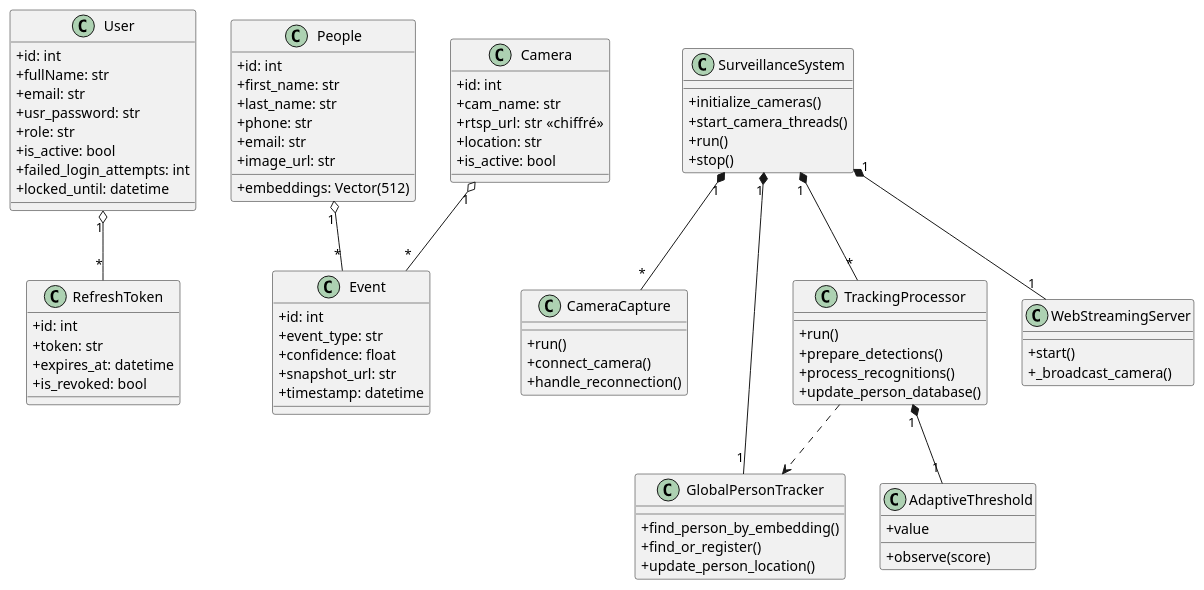
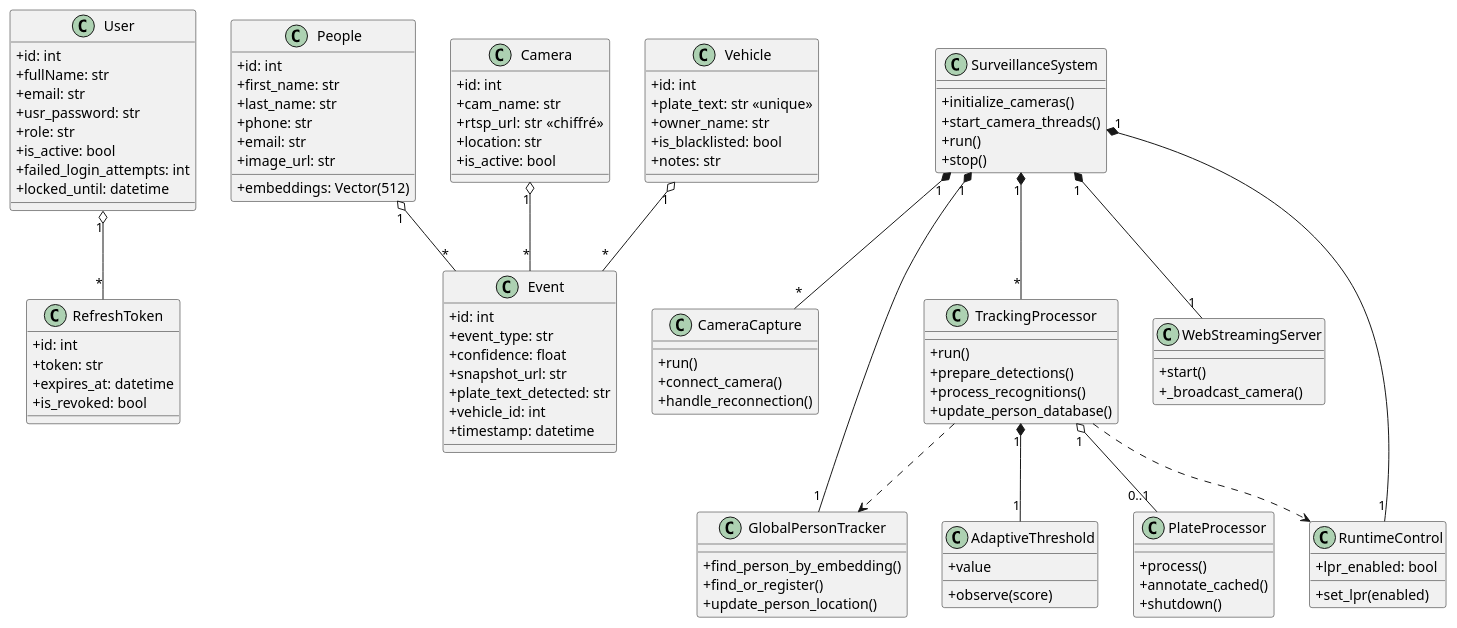
The second of 6 diagrams in ANALYSE_TECHNIQUE_OSIRION.md (Osirion-IA/Osirion-Docker), drawn with PlantUML before and after one commit. The commit also changed other lines of this file, not shown here.

First line of the commit message:
docs: finalize technical analysis with implemented LPR/ANPR module

````diff
--- a/ANALYSE_TECHNIQUE_OSIRION.md
+++ b/ANALYSE_TECHNIQUE_OSIRION.md
@@ -503,12 +622,22 @@
   +event_type: str
   +confidence: float
   +snapshot_url: str
+  +plate_text_detected: str
+  +vehicle_id: int
   +timestamp: datetime
+}
+class Vehicle {
+  +id: int
+  +plate_text: str <<unique>>
+  +owner_name: str
+  +is_blacklisted: bool
+  +notes: str
 }
 
 User "1" o-- "*" RefreshToken
 Camera "1" o-- "*" Event
 People "1" o-- "*" Event
+Vehicle "1" o-- "*" Event
 
 ' ---- Composants Core (surveillance) ----
 class SurveillanceSystem {
@@ -541,12 +670,24 @@
   +start()
   +_broadcast_camera()
 }
+class PlateProcessor {
+  +process()
+  +annotate_cached()
+  +shutdown()
+}
+class RuntimeControl {
+  +lpr_enabled: bool
+  +set_lpr(enabled)
+}
 
 SurveillanceSystem "1" *-- "*" CameraCapture
 SurveillanceSystem "1" *-- "*" TrackingProcessor
 SurveillanceSystem "1" *-- "1" GlobalPersonTracker
 SurveillanceSystem "1" *-- "1" WebStreamingServer
+SurveillanceSystem "1" *-- "1" RuntimeControl
 TrackingProcessor "1" *-- "1" AdaptiveThreshold
+TrackingProcessor "1" o-- "0..1" PlateProcessor
 TrackingProcessor ..> GlobalPersonTracker
+TrackingProcessor ..> RuntimeControl
 @enduml
 ```
````
